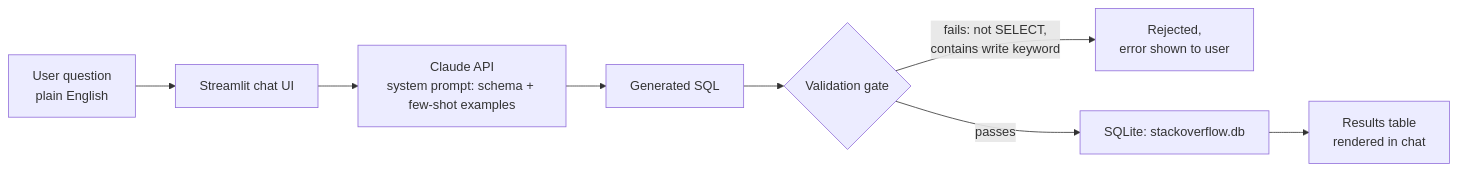
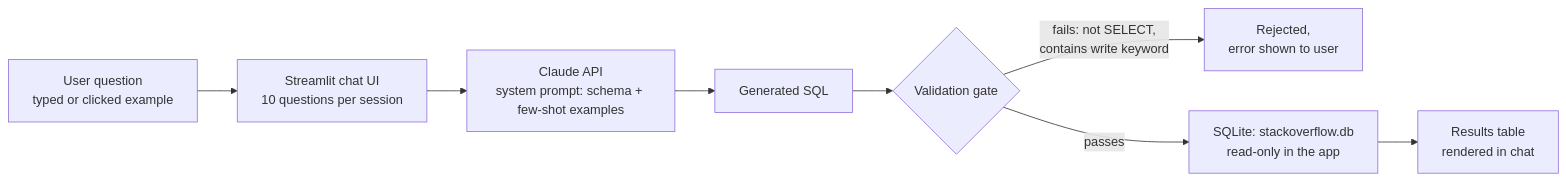
One commit to brianravelo28/stackoverflow-nlp-query-engine changed the diagram in docs/ARCHITECTURE.md. Above: the diagram before and after it, drawn with Mermaid. The commit also changed other lines of this file and 8 other files, not shown here.

````diff
--- a/docs/ARCHITECTURE.md
+++ b/docs/ARCHITECTURE.md
@@ -15,10 +15,10 @@
 ```mermaid
 flowchart LR
-    A[User question<br/>plain English] --> B[Streamlit chat UI]
+    A[User question<br/>typed or clicked example] --> B[Streamlit chat UI<br/>10 questions per session]
     B --> C[Claude API<br/>system prompt: schema + few-shot examples]
     C --> D[Generated SQL]
     D --> E{Validation gate}
     E -- fails: not SELECT,<br/>contains write keyword --> F[Rejected,<br/>error shown to user]
-    E -- passes --> G[SQLite: stackoverflow.db]
+    E -- passes --> G[SQLite: stackoverflow.db<br/>read-only in the app]
     G --> H[Results table<br/>rendered in chat]
 ```
````
